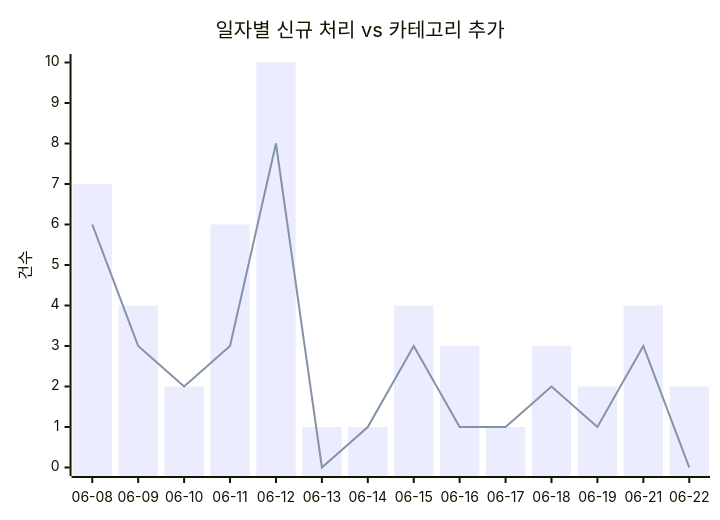
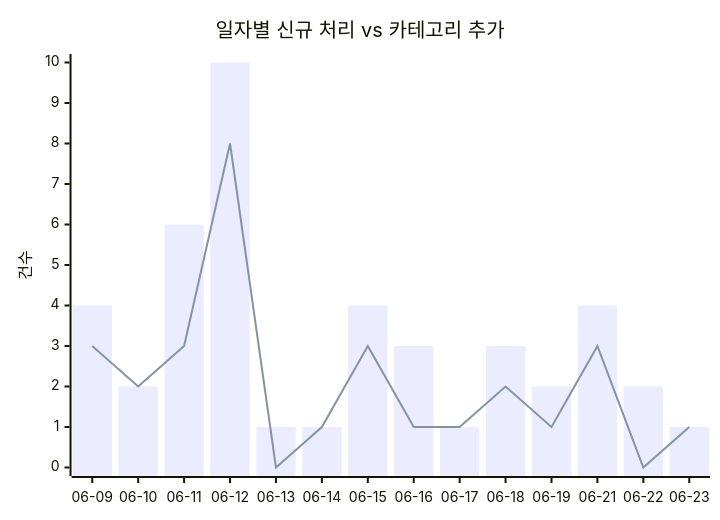
The first of 2 diagrams in docs/trends.md (J-nowcow/awesome-korean-agent-skills), drawn with Mermaid before and after one commit. The commit also changed other lines of this file and 4 other files, not shown here.

````diff
--- a/docs/trends.md
+++ b/docs/trends.md
@@ -32,8 +32,8 @@
 ```mermaid
 xychart-beta
     title "일자별 신규 처리 vs 카테고리 추가"
-    x-axis ["06-08","06-09","06-10","06-11","06-12","06-13","06-14","06-15","06-16","06-17","06-18","06-19","06-21","06-22"]
+    x-axis ["06-09","06-10","06-11","06-12","06-13","06-14","06-15","06-16","06-17","06-18","06-19","06-21","06-22","06-23"]
     y-axis "건수"
-    bar [7,4,2,6,10,1,1,4,3,1,3,2,4,2]
-    line [6,3,2,3,8,0,1,3,1,1,2,1,3,0]
+    bar [4,2,6,10,1,1,4,3,1,3,2,4,2,1]
+    line [3,2,3,8,0,1,3,1,1,2,1,3,0,1]
 ```
````
